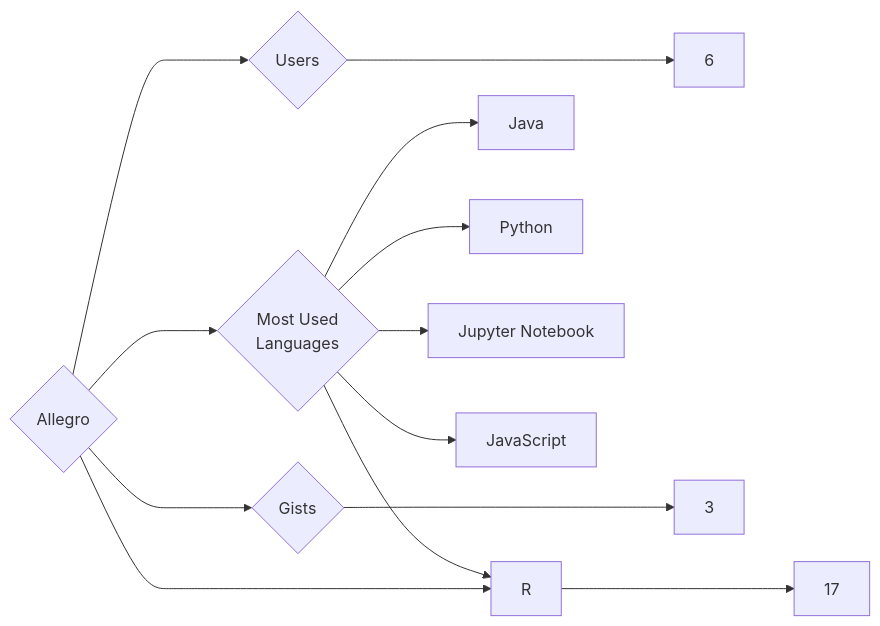
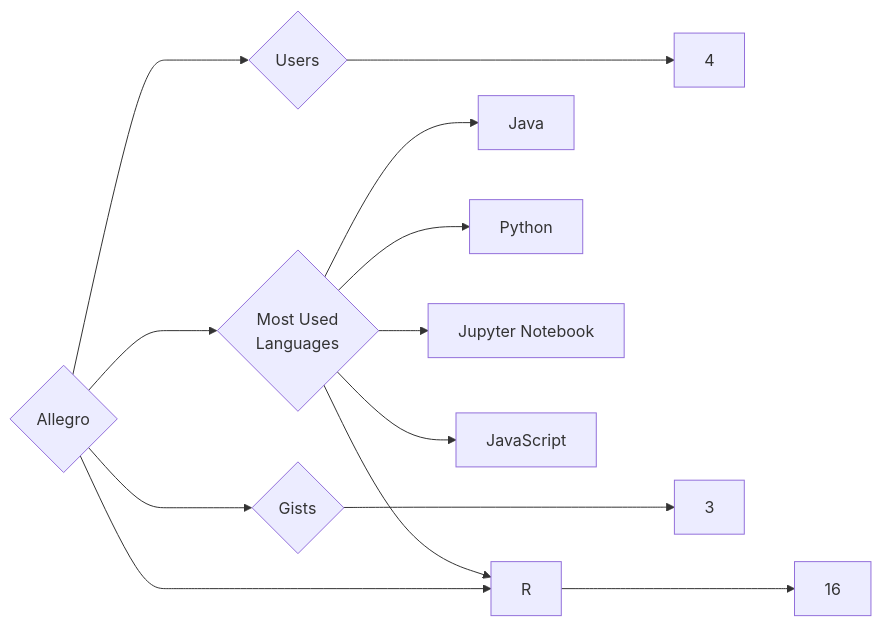
The diagram in targets/Allegro/README.md (trickest/insiders), drawn with Mermaid before and after one commit. The commit also changed 1088 other files, not shown here.

````diff
--- a/targets/Allegro/README.md
+++ b/targets/Allegro/README.md
@@ -3,13 +3,13 @@
 ```mermaid
 graph LR
 COMPANY_NAME{Allegro}
-COMPANY_NAME ---> U{Users} ---> UN[6]
-COMPANY_NAME ---> R{Repositories} ---> RN[17]
+COMPANY_NAME ---> U{Users} ---> UN[4]
+COMPANY_NAME ---> R{Repositories} ---> RN[16]
 COMPANY_NAME ---> G{Gists} ---> GN[3]
 COMPANY_NAME ---> ML{Most Used<br>Languages}
 ML --> Java[Java]
 ML --> Python[Python]
 ML --> Jupyter_Notebook[Jupyter Notebook]
 ML --> JavaScript[JavaScript]
 ML --> R[R]
 ```
````
